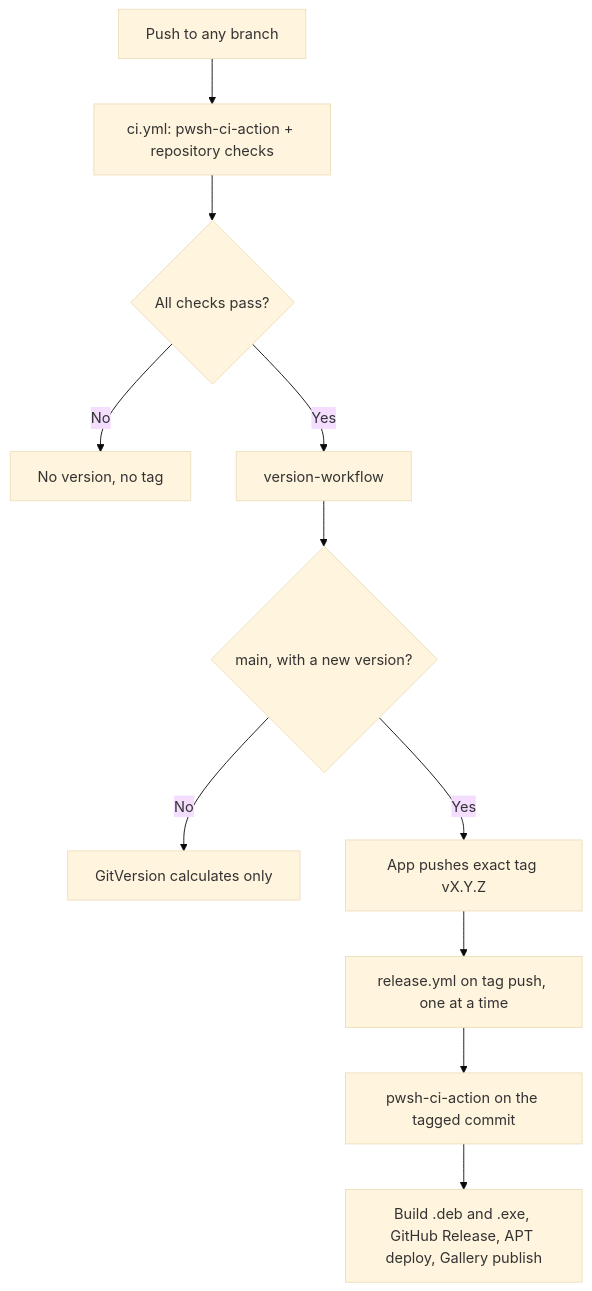
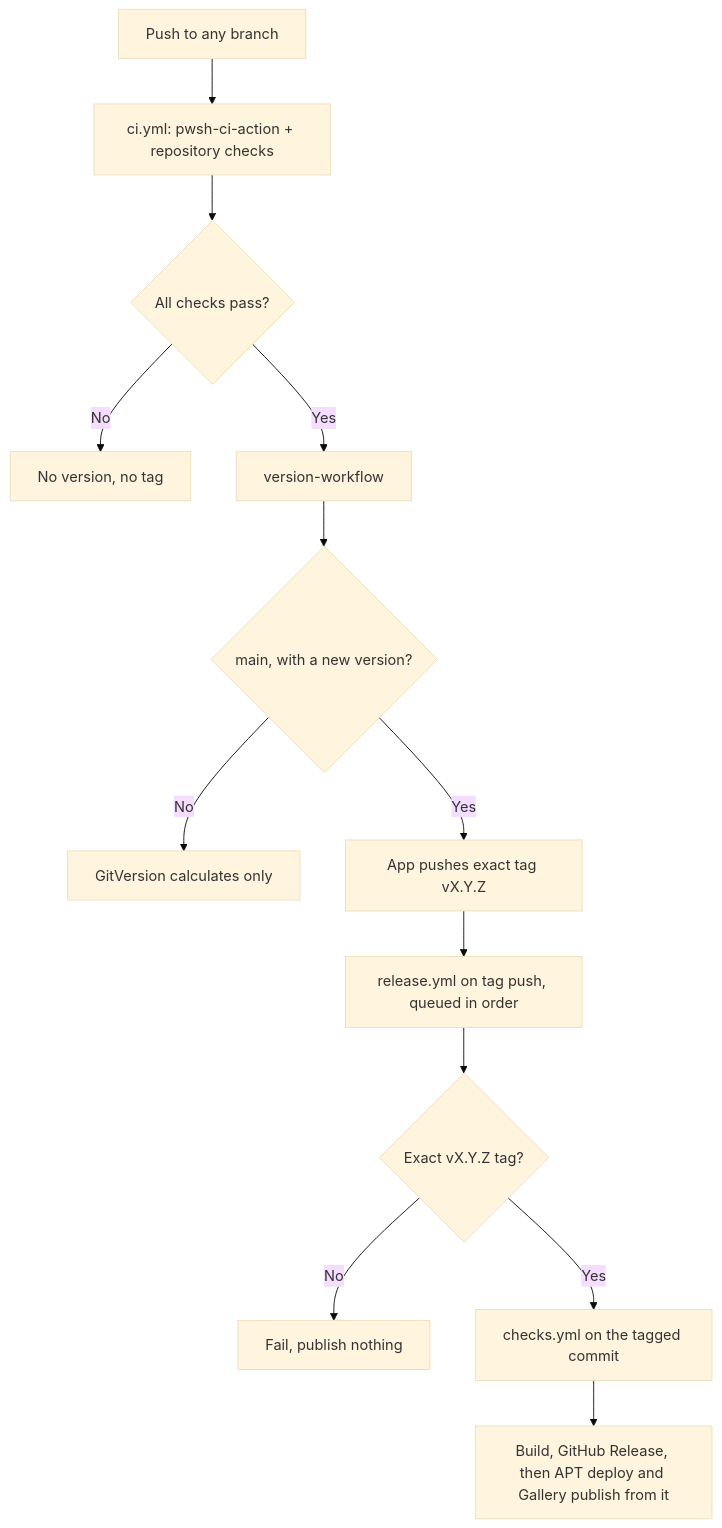
One commit to vhco-pro/docs changed the diagram in docs/internal/plans/pwsh-release-workflow.md. Above: the diagram before and after it, drawn with Mermaid (base theme). The commit also changed other lines of this file, not shown here.

First line of the commit message:
docs: revise the PowerShell release plan after its second review [skip ci]

````diff
--- a/docs/internal/plans/pwsh-release-workflow.md
+++ b/docs/internal/plans/pwsh-release-workflow.md
@@ -232,13 +238,15 @@
 ```mermaid
 flowchart TD
     Push["Push to any branch"] --> CI["ci.yml: pwsh-ci-action + repository checks"]
     CI --> Pass{"All checks pass?"}
     Pass -->|No| Stop["No version, no tag"]
     Pass -->|Yes| Ver["version-workflow"]
     Ver --> Gate{"main, with a new version?"}
     Gate -->|No| Calc["GitVersion calculates only"]
     Gate -->|Yes| Tag["App pushes exact tag vX.Y.Z"]
-    Tag --> Rel["release.yml on tag push, one at a time"]
-    Rel --> Recheck["pwsh-ci-action on the tagged commit"]
-    Recheck --> Pub["Build .deb and .exe, GitHub Release, APT deploy, Gallery publish"]
+    Tag --> Rel["release.yml on tag push, queued in order"]
+    Rel --> Guard{"Exact vX.Y.Z tag?"}
+    Guard -->|No| Refuse["Fail, publish nothing"]
+    Guard -->|Yes| Recheck["checks.yml on the tagged commit"]
+    Recheck --> Pub["Build, GitHub Release, then APT deploy and Gallery publish from it"]
 ```
````
